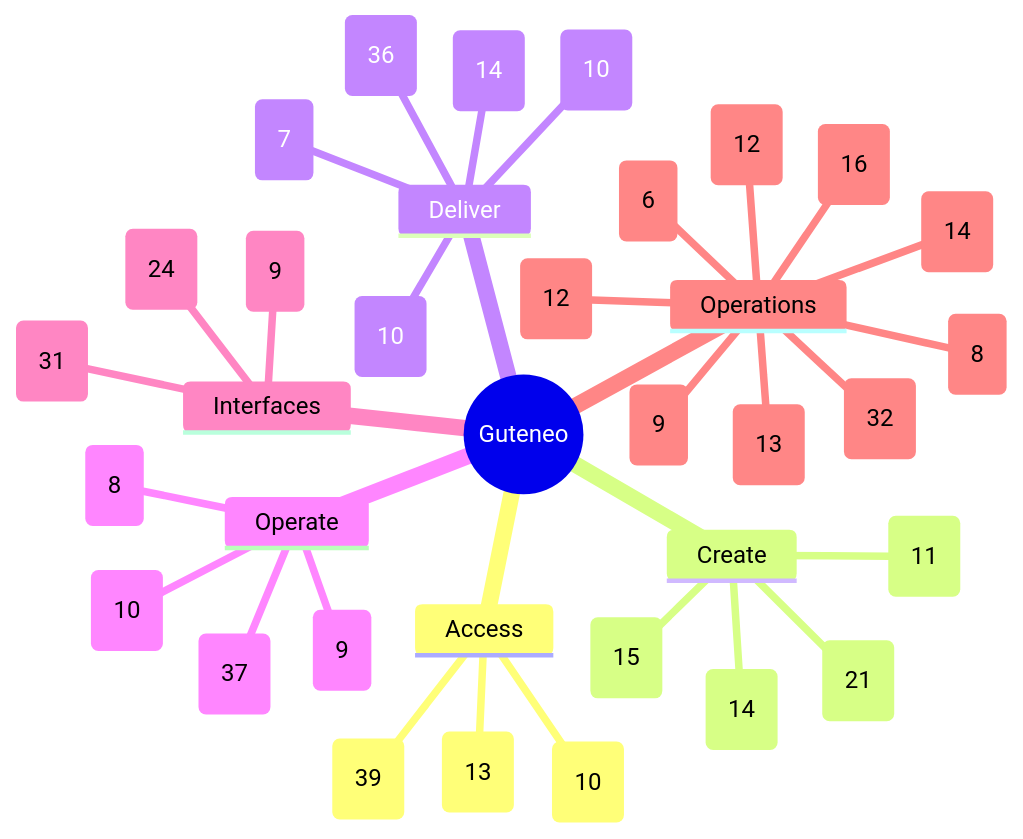
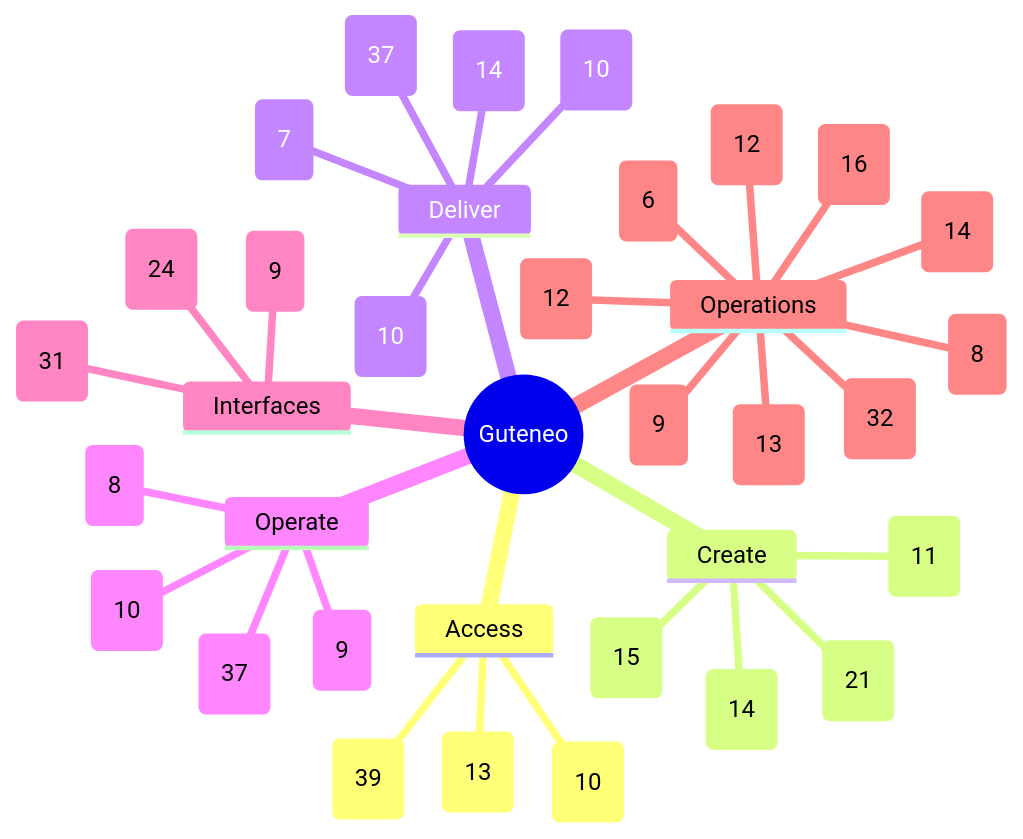
One commit to nclsppr/guteneo changed the diagram in docs/FEATURE_MAP.md. Above: the diagram before and after it, drawn with Mermaid. The commit also changed other lines of this file and 13 other files, not shown here.

````diff
--- a/docs/FEATURE_MAP.md
+++ b/docs/FEATURE_MAP.md
@@ -13,38 +13,38 @@
 ```mermaid
 mindmap
   root((Guteneo))
     Access
       Access and identity (39)
       Team and responsibilities (10)
       Workspace administration and reports (13)
     Create
       Documents and protection (21)
       Template studio (14)
       Data and mappings (11)
       PDF generation and distribution (15)
     Deliver
       Fax (10)
       Postal mail (10)
       Email and protected links (14)
-      Sensitive distribution and personal documents (36)
+      Sensitive distribution and personal documents (37)
       Dispatch dry run (7)
     Operate
       Campaigns and tracking (8)
       Credits and billing (9)
       Workspace layout and browser appearance (37)
       PDF verification (10)
     Interfaces
       Assistants and API (31)
       iPhone and iPad (9)
       Public pages, languages and appearance (24)
     Operations
       Reviewer OAuth qualification (9)
       Operations and reliability (32)
       Belvédère platform oversight (14)
       Public service status (16)
       Engineering documentation (12)
       Codex Cloud development (8)
       Continuous reviewer preparation (6)
       Automatic fax tariff maintenance (13)
       Consumed provider freshness and J-1 alerts (12)
 ```
````
